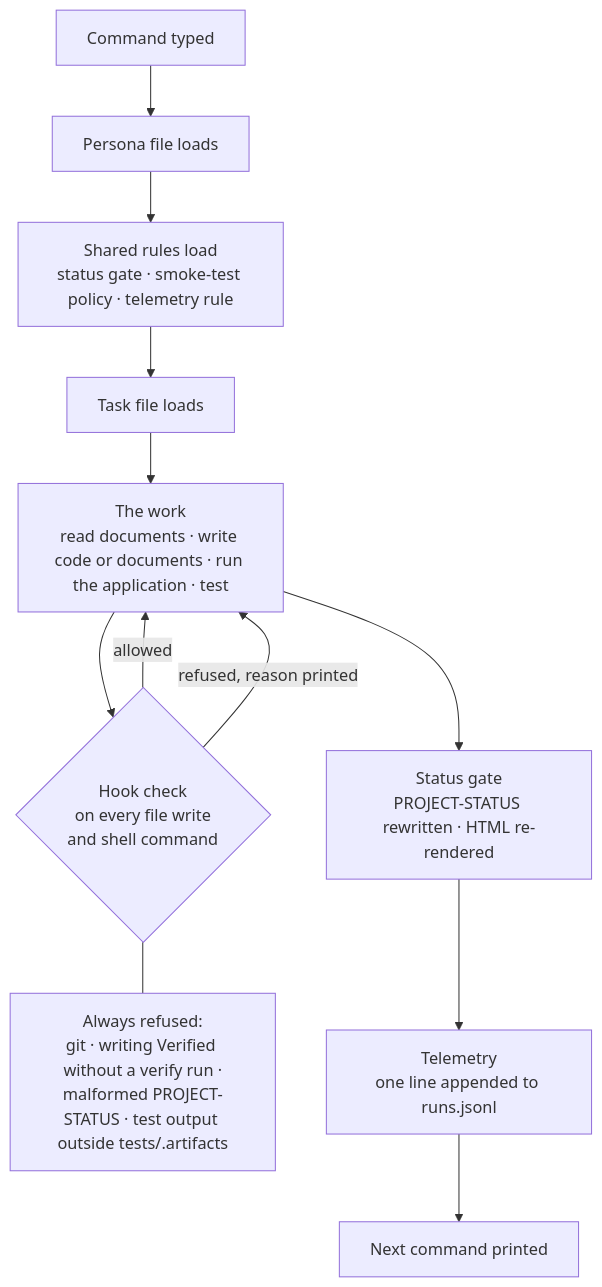
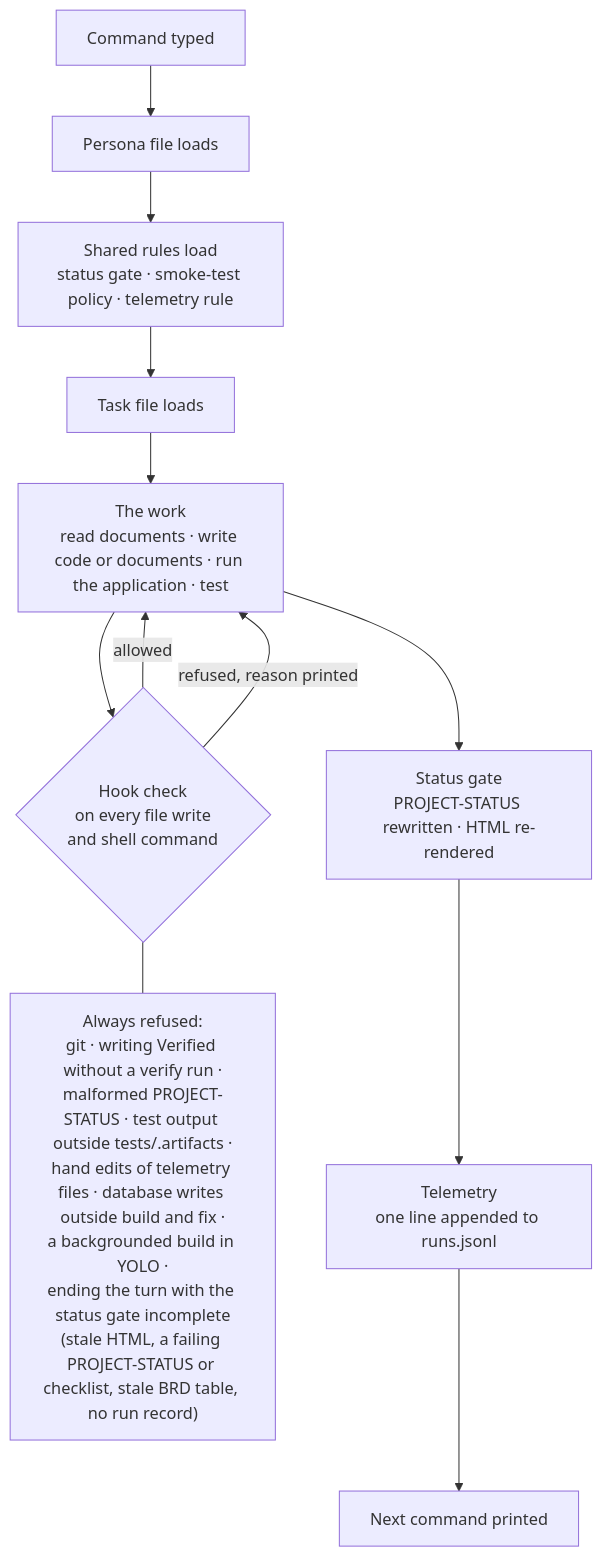
Before and after one commit to techierathore/TechieFlow: the second of 2 diagrams in docs/TechieFlow-How-It-Works.md, drawn with Mermaid. The commit also changed other lines of this file and 204 other files, not shown here.

````diff
--- a/docs/TechieFlow-How-It-Works.md
+++ b/docs/TechieFlow-How-It-Works.md
@@ -189,14 +197,14 @@
 ```mermaid
 flowchart TD
     A["Command typed"] --> B["Persona file loads"]
     B --> C["Shared rules load<br/>status gate · smoke-test policy · telemetry rule"]
     C --> D["Task file loads"]
     D --> E["The work<br/>read documents · write code or documents · run the application · test"]
     E --> H{"Hook check<br/>on every file write<br/>and shell command"}
     H -->|"allowed"| E
     H -->|"refused, reason printed"| E
-    H --- N["Always refused:<br/>git · writing Verified without a verify run ·<br/>malformed PROJECT-STATUS · test output outside tests/.artifacts"]
+    H --- N["Always refused:<br/>git · writing Verified without a verify run ·<br/>malformed PROJECT-STATUS · test output outside tests/.artifacts ·<br/>hand edits of telemetry files · database writes outside build and fix ·<br/>a backgrounded build in YOLO ·<br/>ending the turn with the status gate incomplete<br/>(stale HTML, a failing PROJECT-STATUS or checklist, stale BRD table, no run record)"]
     E --> F["Status gate<br/>PROJECT-STATUS rewritten · HTML re-rendered"]
     F --> G["Telemetry<br/>one line appended to runs.jsonl"]
     G --> Z["Next command printed"]
 ```
````
